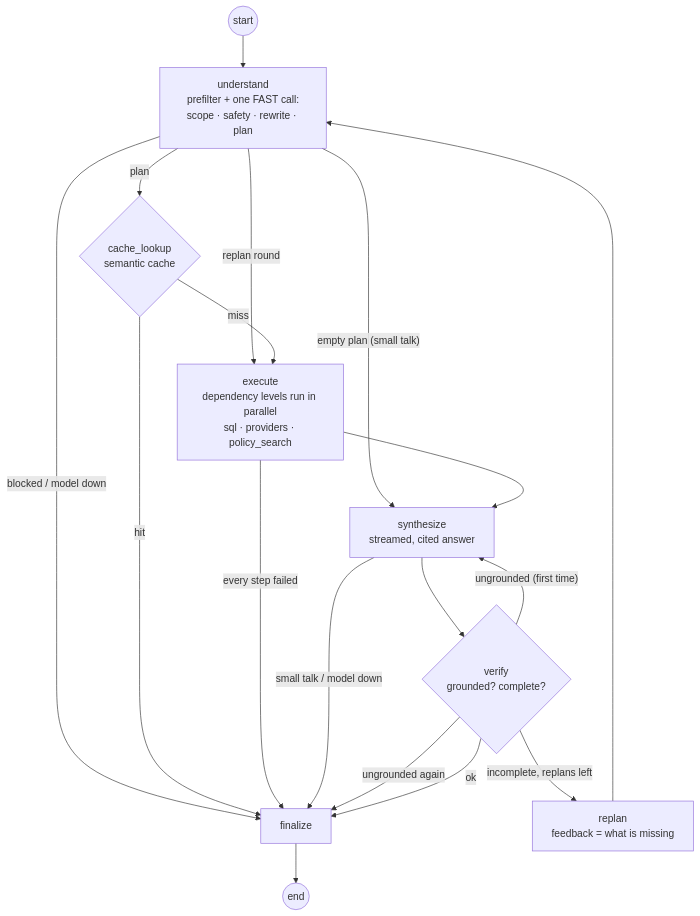
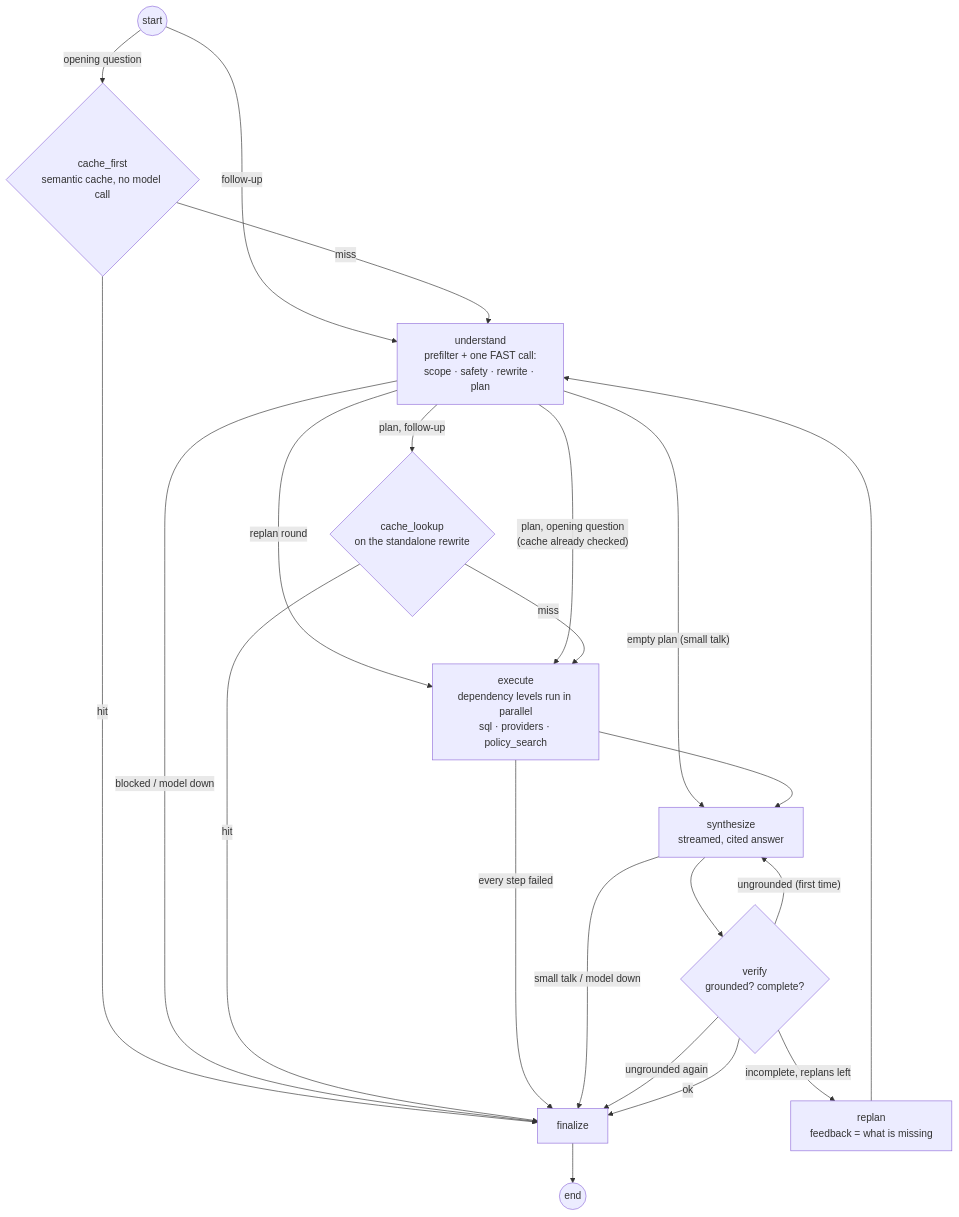
One commit to syamsruthin/healthguard-agent changed the second of 7 diagrams in docs/architecture.md. Above: the diagram before and after it, drawn with Mermaid. The commit also changed other lines of this file and 9 other files, not shown here.

First line of the commit message:
docs: current status, cache-first flow, spend guards, review outcomes

````diff
--- a/docs/architecture.md
+++ b/docs/architecture.md
@@ -34,20 +34,24 @@
 ```mermaid
 flowchart TD
-    S((start)) --> U["understand<br/>prefilter + one FAST call:<br/>scope · safety · rewrite · plan"]
+    S((start)) -- "opening question" --> CF{"cache_first<br/>semantic cache, no model call"}
+    S -- "follow-up" --> U
+    CF -- hit --> F
+    CF -- miss --> U["understand<br/>prefilter + one FAST call:<br/>scope · safety · rewrite · plan"]
     U -- "blocked / model down" --> F
     U -- "empty plan (small talk)" --> SY
     U -- "replan round" --> X
-    U -- "plan" --> C{"cache_lookup<br/>semantic cache"}
+    U -- "plan, opening question<br/>(cache already checked)" --> X
+    U -- "plan, follow-up" --> C{"cache_lookup<br/>on the standalone rewrite"}
     C -- hit --> F
     C -- miss --> X["execute<br/>dependency levels run in parallel<br/>sql · providers · policy_search"]
     X -- "every step failed" --> F
     X --> SY["synthesize<br/>streamed, cited answer"]
     SY -- "small talk / model down" --> F
     SY --> V{"verify<br/>grounded? complete?"}
     V -- "ungrounded (first time)" --> SY
     V -- "ungrounded again" --> F
     V -- "incomplete, replans left" --> R["replan<br/>feedback = what is missing"]
     R --> U
     V -- ok --> F["finalize"]
     F --> E((end))
 ```
````
